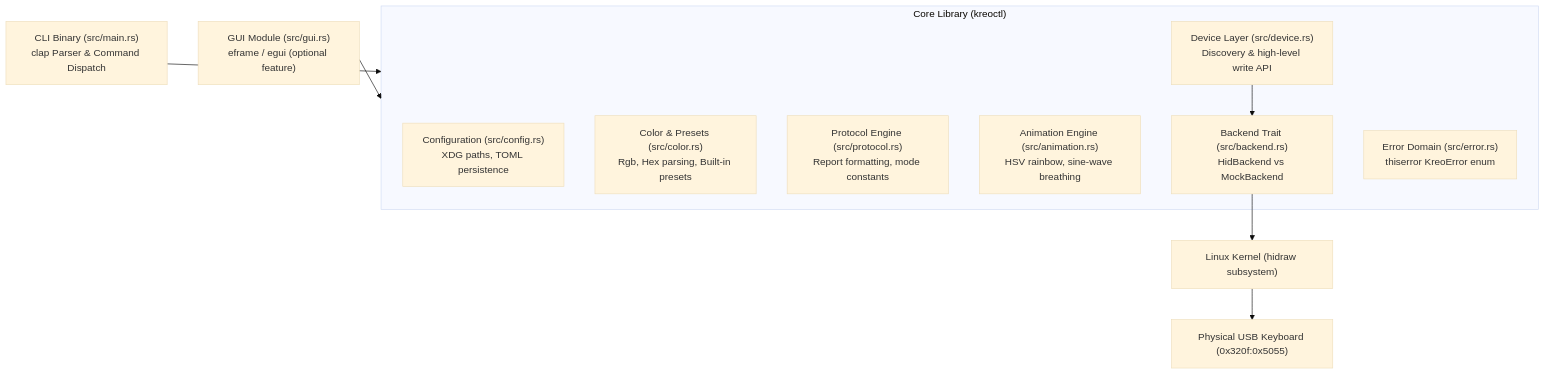
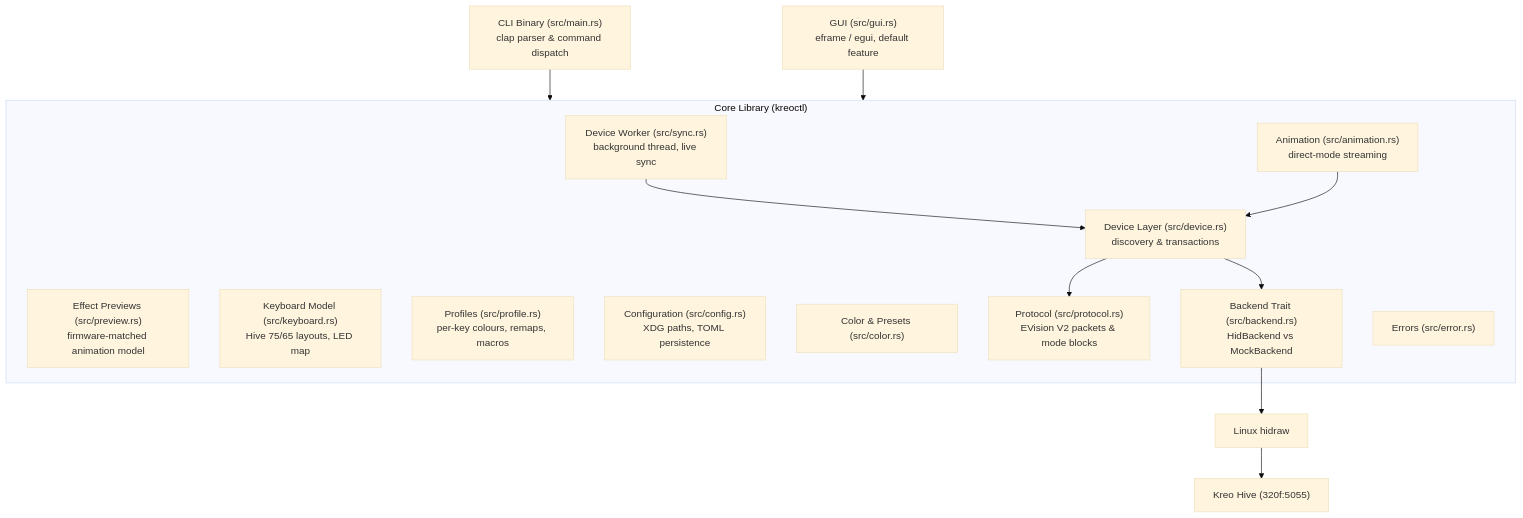
Before and after one commit to myaumyauverse/kreoctl: the first of 2 diagrams in docs/ARCHITECTURE.md, drawn with Mermaid (base theme). The commit also changed other lines of this file and 1 other file, not shown here.

First line of the commit message:
docs: document the EVision V2 protocol and per-key LED map

````diff
--- a/docs/ARCHITECTURE.md
+++ b/docs/ARCHITECTURE.md
@@ -11,19 +11,26 @@
 ```mermaid
 graph TD
-    CLI["CLI Binary (src/main.rs)<br/>clap Parser & Command Dispatch"] --> CoreLib["Core Library (src/lib.rs)"]
-    GUI["GUI Module (src/gui.rs)<br/>eframe / egui (optional feature)"] --> CoreLib
+    CLI["CLI Binary (src/main.rs)<br/>clap parser & command dispatch"] --> CoreLib
+    GUI["GUI (src/gui.rs)<br/>eframe / egui, default feature"] --> CoreLib
 
     subgraph CoreLib ["Core Library (kreoctl)"]
+        Sync["Device Worker (src/sync.rs)<br/>background thread, live sync"]
+        Preview["Effect Previews (src/preview.rs)<br/>firmware-matched animation model"]
+        Keyboard["Keyboard Model (src/keyboard.rs)<br/>Hive 75/65 layouts, LED map"]
+        Profile["Profiles (src/profile.rs)<br/>per-key colours, remaps, macros"]
         Config["Configuration (src/config.rs)<br/>XDG paths, TOML persistence"]
-        Color["Color & Presets (src/color.rs)<br/>Rgb, Hex parsing, Built-in presets"]
-        Protocol["Protocol Engine (src/protocol.rs)<br/>Report formatting, mode constants"]
-        Animation["Animation Engine (src/animation.rs)<br/>HSV rainbow, sine-wave breathing"]
-        Device["Device Layer (src/device.rs)<br/>Discovery & high-level write API"]
+        Color["Color & Presets (src/color.rs)"]
+        Animation["Animation (src/animation.rs)<br/>direct-mode streaming"]
+        Device["Device Layer (src/device.rs)<br/>discovery & transactions"]
+        Protocol["Protocol (src/protocol.rs)<br/>EVision V2 packets & mode blocks"]
         Backend["Backend Trait (src/backend.rs)<br/>HidBackend vs MockBackend"]
-        Error["Error Domain (src/error.rs)<br/>thiserror KreoError enum"]
+        Error["Errors (src/error.rs)"]
     end
 
+    Sync --> Device
+    Animation --> Device
+    Device --> Protocol
     Device --> Backend
-    Backend --> Kernel["Linux Kernel (hidraw subsystem)"]
-    Kernel --> Hardware["Physical USB Keyboard (0x320f:0x5055)"]
+    Backend --> Kernel["Linux hidraw"]
+    Kernel --> Hardware["Kreo Hive (320f:5055)"]
 ```
````
